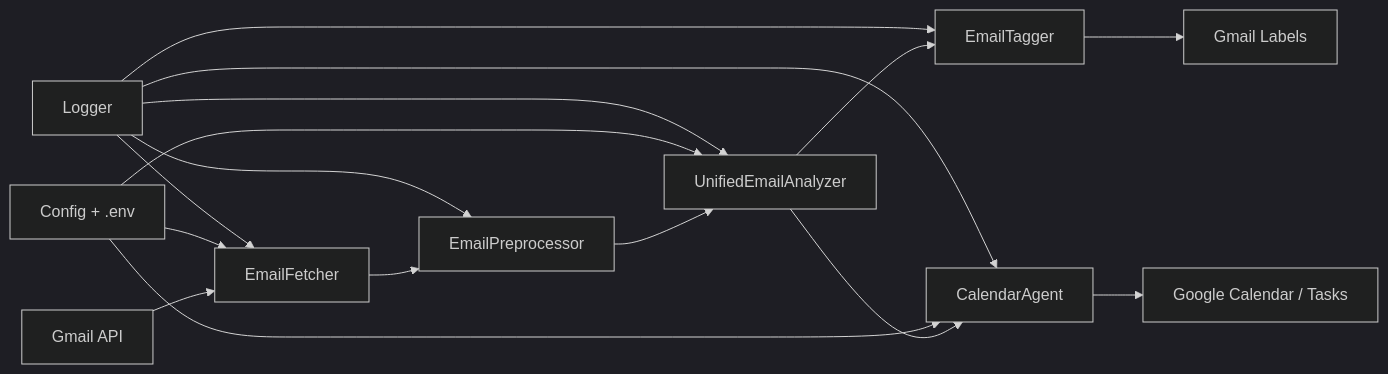
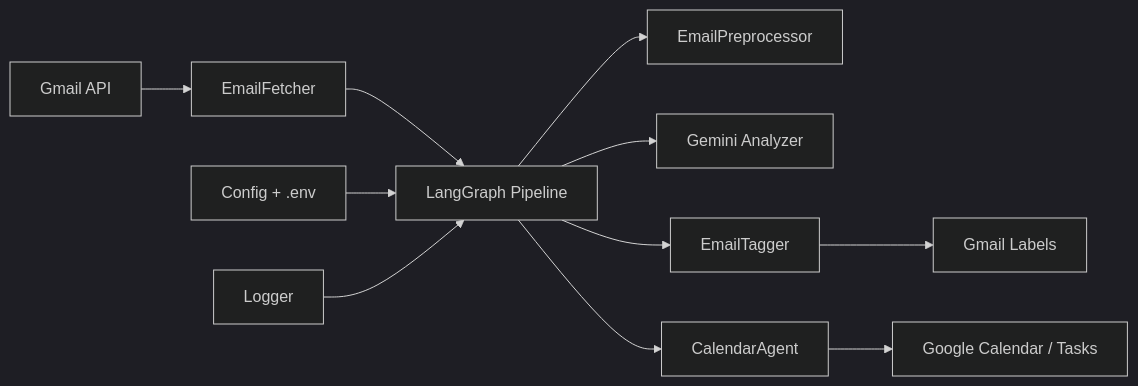
One commit to Phyopma/mail-agent.tmp changed the diagram in architecture.md. Above: the diagram before and after it, drawn with Mermaid (dark theme). The commit also changed other lines of this file and 27 other files, not shown here.

````diff
--- a/architecture.md
+++ b/architecture.md
@@ -9,18 +9,13 @@
 ```mermaid
 flowchart LR
     A[Gmail API] --> B[EmailFetcher]
-    B --> C[EmailPreprocessor]
-    C --> D[UnifiedEmailAnalyzer]
-    D --> E[EmailTagger]
-    D --> F[CalendarAgent]
-    E --> G[Gmail Labels]
-    F --> H[Google Calendar / Tasks]
-    I[Config + .env] --> B
-    I --> D
-    I --> F
-    J[Logger] --> B
-    J --> C
-    J --> D
-    J --> E
-    J --> F
+    B --> C[LangGraph Pipeline]
+    C --> D[EmailPreprocessor]
+    C --> E[Gemini Analyzer]
+    C --> F[EmailTagger]
+    C --> G[CalendarAgent]
+    F --> H[Gmail Labels]
+    G --> I[Google Calendar / Tasks]
+    J[Config + .env] --> C
+    K[Logger] --> C
 ```
````
